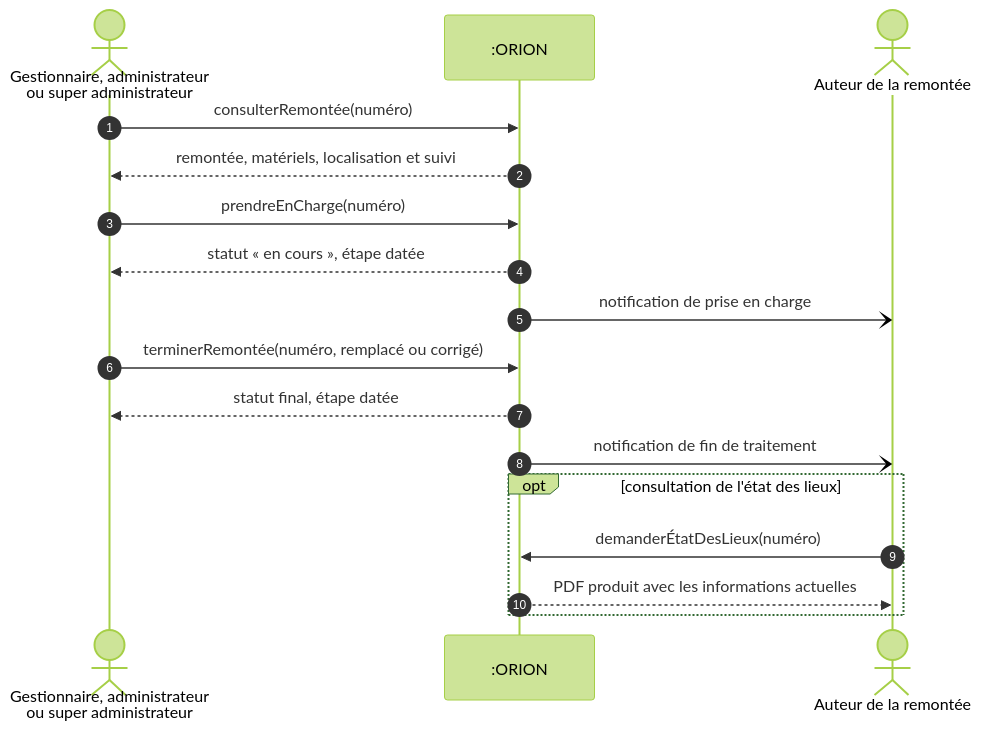
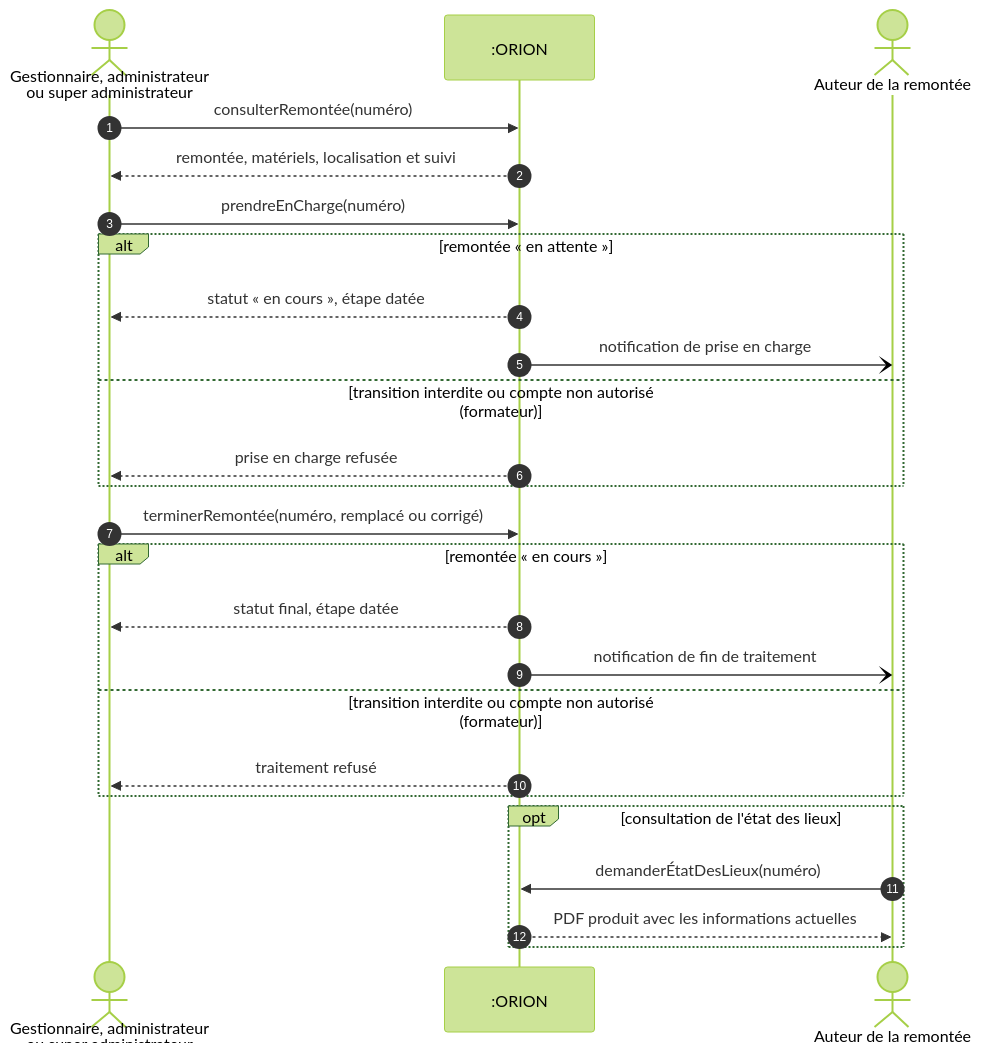
The third of 9 diagrams in docs/02-ANALYSE/02-CAPTURE-DES-BESOINS/10-DIAGRAMMES-SEQUENCE-SYSTEME.md (bpierrelouis/aster), drawn with Mermaid (forest theme) before and after one commit. The commit also changed other lines of this file and 34 other files, not shown here.

First line of the commit message:
docs(diagrammes): aligner les diagrammes UML sur le code et les remettre en page

````diff
--- a/docs/02-ANALYSE/02-CAPTURE-DES-BESOINS/10-DIAGRAMMES-SEQUENCE-SYSTEME.md
+++ b/docs/02-ANALYSE/02-CAPTURE-DES-BESOINS/10-DIAGRAMMES-SEQUENCE-SYSTEME.md
@@ -49,19 +52,27 @@
 ```mermaid
 sequenceDiagram
     autonumber
     actor G as Gestionnaire, administrateur<br/>ou super administrateur
     participant O as :ORION
     actor A as Auteur de la remontée
     G->>O: consulterRemontée(numéro)
     O-->>G: remontée, matériels, localisation et suivi
     G->>O: prendreEnCharge(numéro)
-    O-->>G: statut « en cours », étape datée
-    O-)A: notification de prise en charge
+    alt remontée « en attente »
+        O-->>G: statut « en cours », étape datée
+        O-)A: notification de prise en charge
+    else transition interdite ou compte non autorisé (formateur)
+        O-->>G: prise en charge refusée
+    end
     G->>O: terminerRemontée(numéro, remplacé ou corrigé)
-    O-->>G: statut final, étape datée
-    O-)A: notification de fin de traitement
+    alt remontée « en cours »
+        O-->>G: statut final, étape datée
+        O-)A: notification de fin de traitement
+    else transition interdite ou compte non autorisé (formateur)
+        O-->>G: traitement refusé
+    end
     opt consultation de l'état des lieux
         A->>O: demanderÉtatDesLieux(numéro)
         O-->>A: PDF produit avec les informations actuelles
     end
 ```
````
